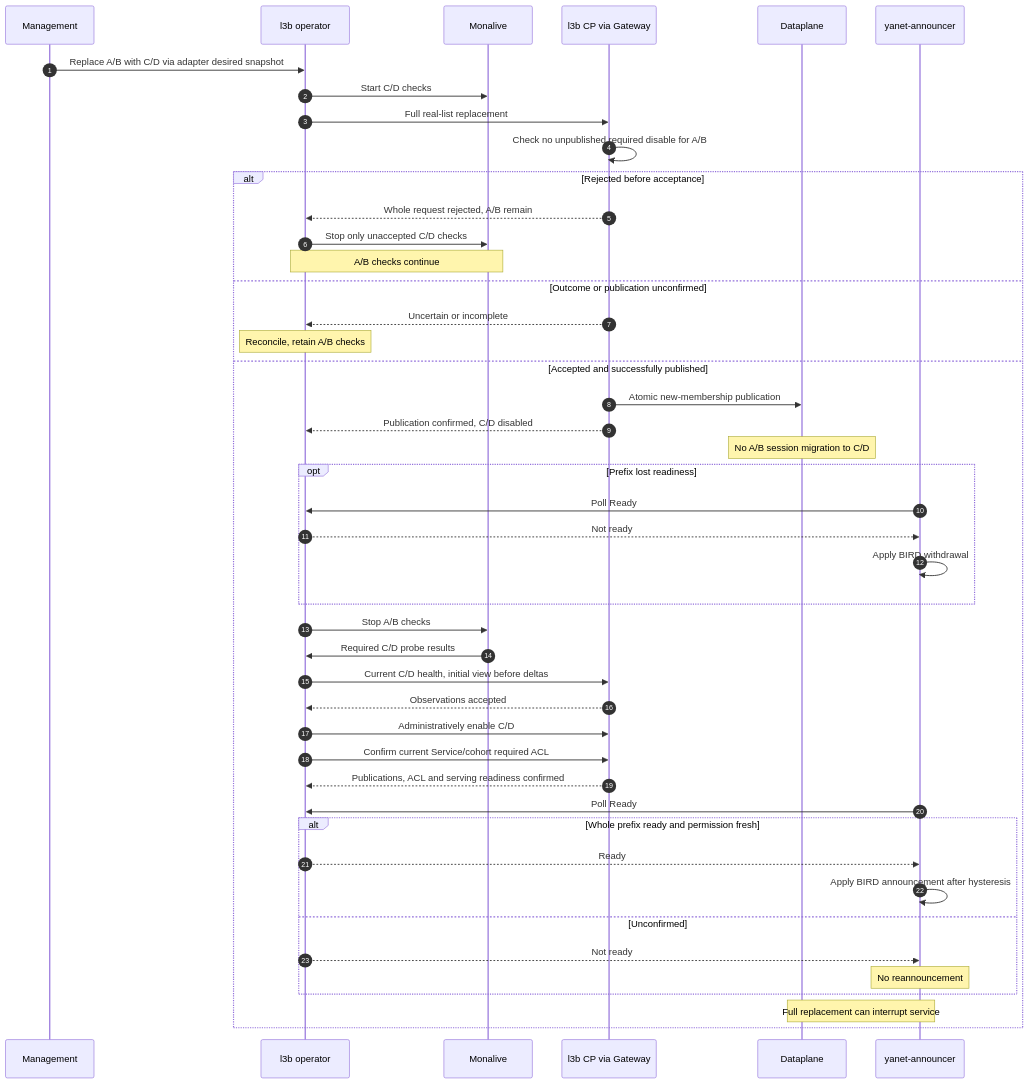
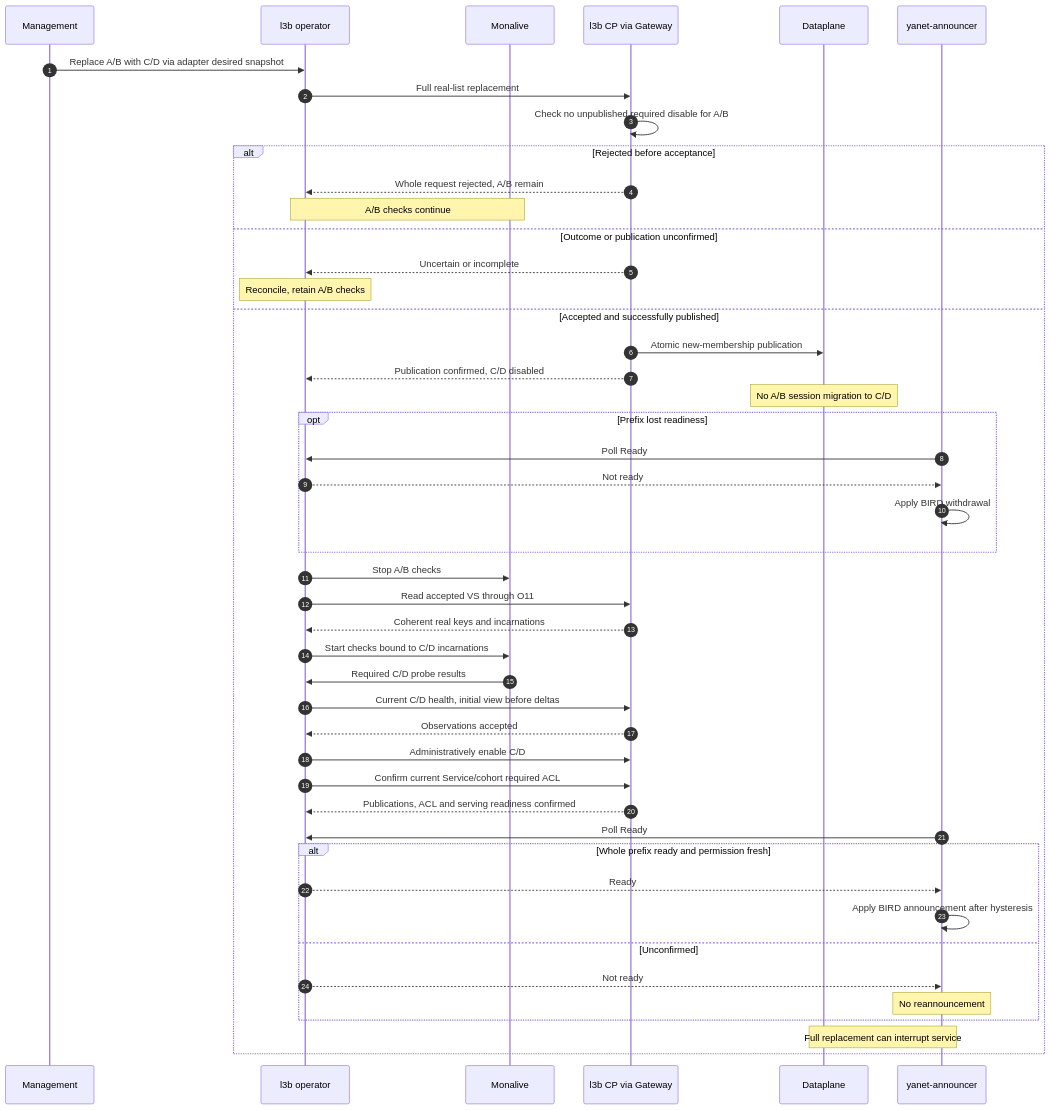
Before and after one commit to yanet-platform/yanet2: the fifth of 6 diagrams in docs/l3b-operator-overview.md, drawn with Mermaid. The commit also changed other lines of this file and 3 other files, not shown here.

````diff
--- a/docs/l3b-operator-overview.md
+++ b/docs/l3b-operator-overview.md
@@ -453,47 +464,48 @@
 ```mermaid
 sequenceDiagram
     autonumber
     participant M as Management
     participant O as l3b operator
     participant H as Monalive
     participant C as l3b CP via Gateway
     participant W as Dataplane
     participant N as yanet-announcer
     M->>O: Replace A/B with C/D via adapter desired snapshot
-    O->>H: Start C/D checks
     O->>C: Full real-list replacement
     C->>C: Check no unpublished required disable for A/B
     alt Rejected before acceptance
         C-->>O: Whole request rejected, A/B remain
-        O->>H: Stop only unaccepted C/D checks
         Note over O,H: A/B checks continue
     else Outcome or publication unconfirmed
         C-->>O: Uncertain or incomplete
         Note over O: Reconcile, retain A/B checks
     else Accepted and successfully published
         C->>W: Atomic new-membership publication
         C-->>O: Publication confirmed, C/D disabled
         Note over W: No A/B session migration to C/D
         opt Prefix lost readiness
             N->>O: Poll Ready
             O-->>N: Not ready
             N->>N: Apply BIRD withdrawal
         end
         O->>H: Stop A/B checks
+        O->>C: Read accepted VS through O11
+        C-->>O: Coherent real keys and incarnations
+        O->>H: Start checks bound to C/D incarnations
         H->>O: Required C/D probe results
         O->>C: Current C/D health, initial view before deltas
         C-->>O: Observations accepted
         O->>C: Administratively enable C/D
         O->>C: Confirm current Service/cohort required ACL
         C-->>O: Publications, ACL and serving readiness confirmed
         N->>O: Poll Ready
         alt Whole prefix ready and permission fresh
             O-->>N: Ready
             N->>N: Apply BIRD announcement after hysteresis
         else Unconfirmed
             O-->>N: Not ready
             Note over N: No reannouncement
         end
         Note over W,N: Full replacement can interrupt service
     end
 ```
````
